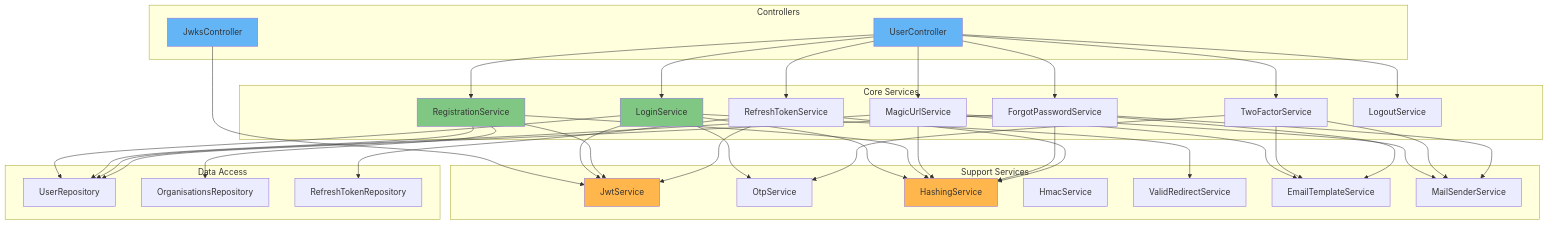
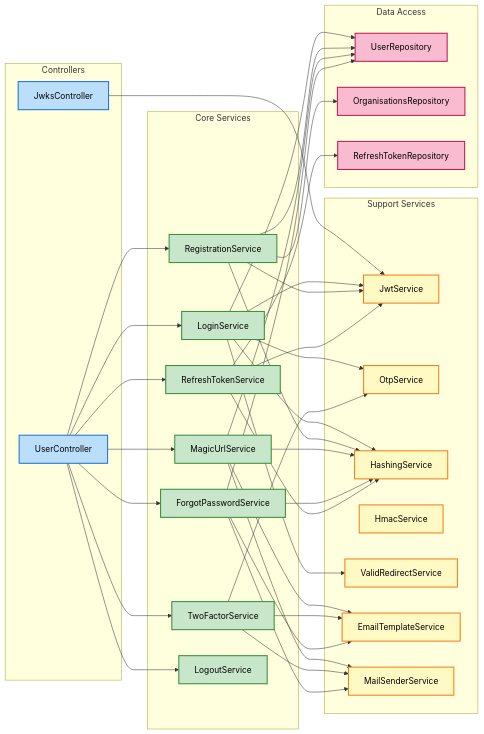
Before and after one commit to aneeshpatne/suraksha: the third of 11 diagrams in README.md, drawn with Mermaid. The commit also changed other lines of this file, not shown here.

Commit message:
style: Update diagram styles for improved clarity and consistency in README

````diff
--- a/README.md
+++ b/README.md
@@ -184,11 +192,11 @@
 ```mermaid
-graph TB
-    subgraph "Controllers"
+graph LR
+    subgraph Controllers["Controllers"]
         UC[UserController]
         JC[JwksController]
     end
 
-    subgraph "Core Services"
+    subgraph CoreServices["Core Services"]
         LS[LoginService]
         RS[RegistrationService]
         MUS[MagicUrlService]
@@ -198,7 +206,7 @@
         LOS[LogoutService]
     end
 
-    subgraph "Support Services"
+    subgraph SupportServices["Support Services"]
         JS[JwtService]
         OS[OtpService]
         HS[HashingService]
@@ -208,7 +216,7 @@
         MSS[MailSenderService]
     end
 
-    subgraph "Data Access"
+    subgraph DataAccess["Data Access"]
         UR[UserRepository]
         OR[OrganisationsRepository]
         RTR[RefreshTokenRepository]
@@ -254,10 +262,26 @@
     RS --> OR
     RTS --> RTR
 
-    style UC fill:#64b5f6
-    style JC fill:#64b5f6
-    style LS fill:#81c784
-    style RS fill:#81c784
-    style JS fill:#ffb74d
-    style HS fill:#ffb74d
+    style UC fill:#bbdefb,stroke:#1976d2,stroke-width:2px,color:#000
+    style JC fill:#bbdefb,stroke:#1976d2,stroke-width:2px,color:#000
+
+    style LS fill:#c8e6c9,stroke:#388e3c,stroke-width:2px,color:#000
+    style RS fill:#c8e6c9,stroke:#388e3c,stroke-width:2px,color:#000
+    style MUS fill:#c8e6c9,stroke:#388e3c,stroke-width:2px,color:#000
+    style TFS fill:#c8e6c9,stroke:#388e3c,stroke-width:2px,color:#000
+    style FPS fill:#c8e6c9,stroke:#388e3c,stroke-width:2px,color:#000
+    style RTS fill:#c8e6c9,stroke:#388e3c,stroke-width:2px,color:#000
+    style LOS fill:#c8e6c9,stroke:#388e3c,stroke-width:2px,color:#000
+
+    style JS fill:#fff9c4,stroke:#f57f17,stroke-width:2px,color:#000
+    style OS fill:#fff9c4,stroke:#f57f17,stroke-width:2px,color:#000
+    style HS fill:#fff9c4,stroke:#f57f17,stroke-width:2px,color:#000
+    style HMS fill:#fff9c4,stroke:#f57f17,stroke-width:2px,color:#000
+    style VRS fill:#fff9c4,stroke:#f57f17,stroke-width:2px,color:#000
+    style ETS fill:#fff9c4,stroke:#f57f17,stroke-width:2px,color:#000
+    style MSS fill:#fff9c4,stroke:#f57f17,stroke-width:2px,color:#000
+
+    style UR fill:#f8bbd0,stroke:#c2185b,stroke-width:2px,color:#000
+    style OR fill:#f8bbd0,stroke:#c2185b,stroke-width:2px,color:#000
+    style RTR fill:#f8bbd0,stroke:#c2185b,stroke-width:2px,color:#000
 ```
````
